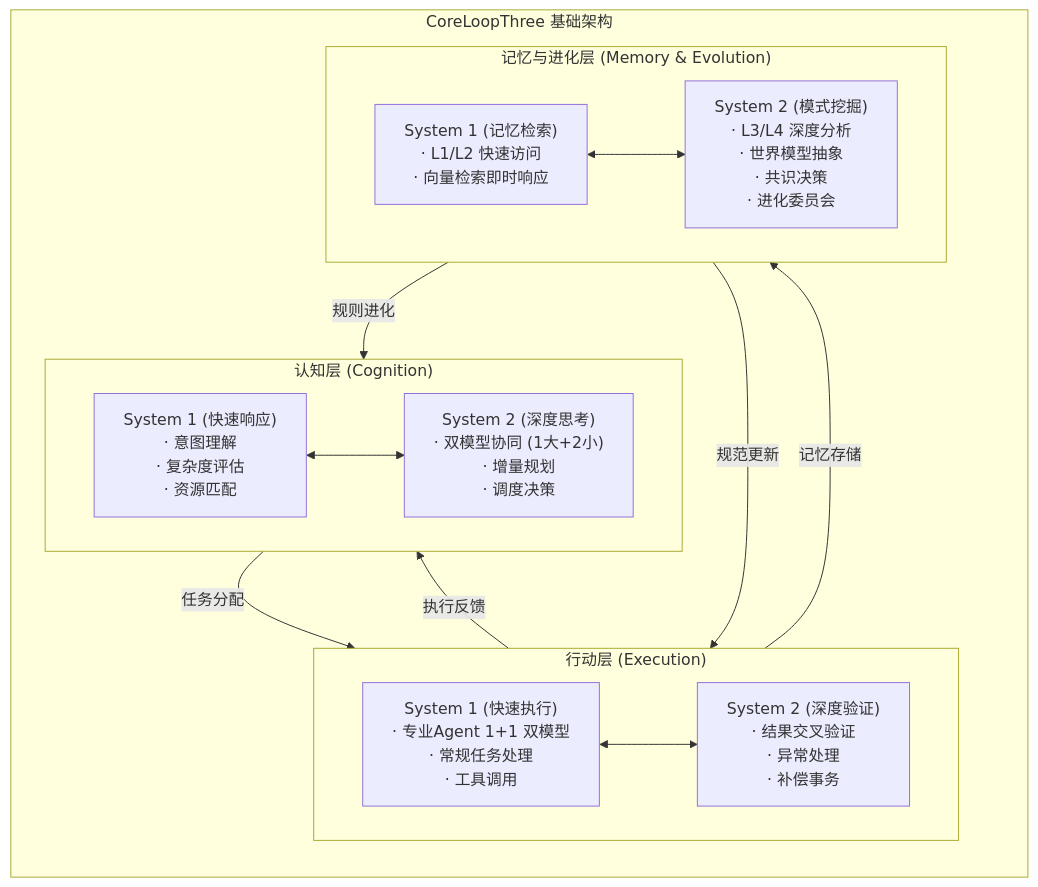
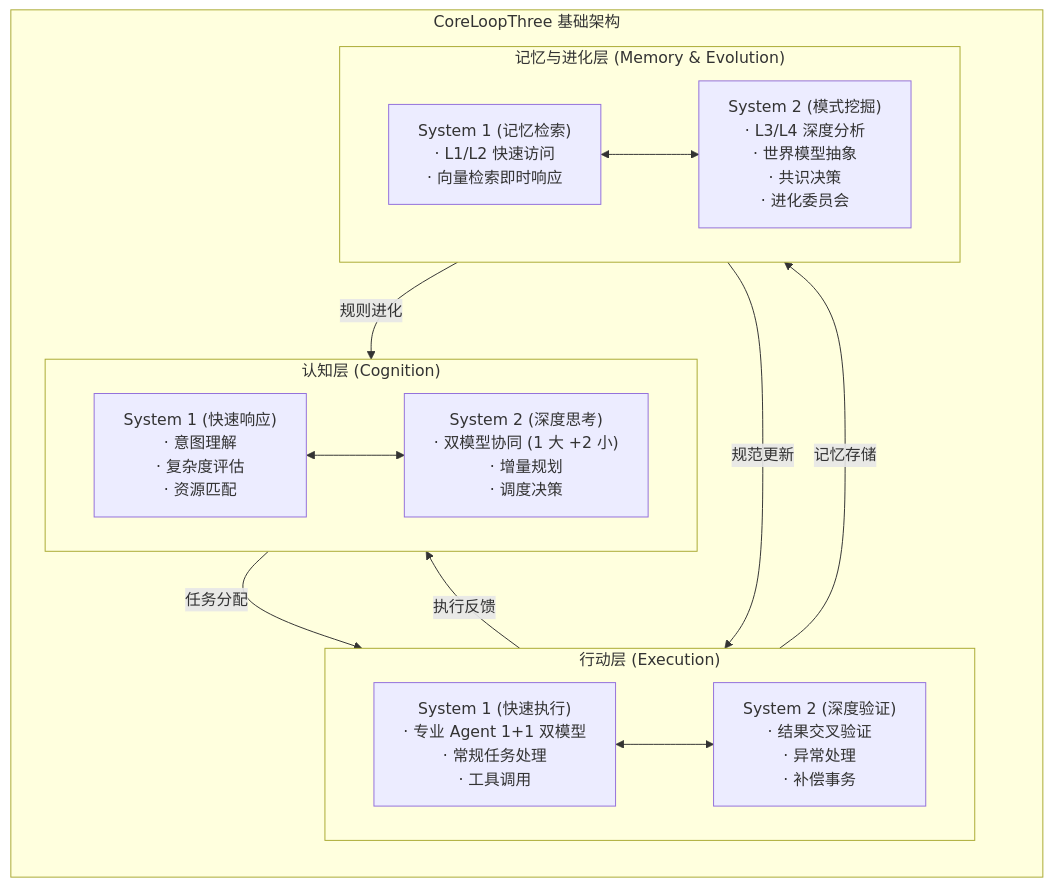
The first of 3 diagrams in README.md (SpharxTeam/AgentOS), drawn with Mermaid before and after one commit. The commit also changed other lines of this file, not shown here.

````diff
--- a/README.md
+++ b/README.md
@@ -38,31 +56,30 @@
 ```mermaid
 flowchart TD
     subgraph CoreLoopThree["CoreLoopThree 基础架构"]
         direction TB
 
         subgraph Cognition["认知层 (Cognition)"]
-            C1["System 1 (快速响应)<br/>· 意图理解<br/>· 复杂度评估<br/>· 资源匹配"]
-            C2["System 2 (深度思考)<br/>· 双模型协同 (1大+2小)<br/>· 增量规划<br/>· 调度决策"]
-            C1 <--> C2
+           C1["System 1 (快速响应)<br/>· 意图理解<br/>· 复杂度评估<br/>· 资源匹配"]
+            C2["System 2 (深度思考)<br/>· 双模型协同 (1 大 +2 小)<br/>· 增量规划<br/>· 调度决策"]
+           C1 <--> C2
         end
 
         subgraph Execution["行动层 (Execution)"]
-            E1["System 1 (快速执行)<br/>· 专业Agent 1+1 双模型<br/>· 常规任务处理<br/>· 工具调用"]
+            E1["System 1 (快速执行)<br/>· 专业 Agent 1+1 双模型<br/>· 常规任务处理<br/>· 工具调用"]
             E2["System 2 (深度验证)<br/>· 结果交叉验证<br/>· 异常处理<br/>· 补偿事务"]
             E1 <--> E2
         end
 
         subgraph MemoryEvolution["记忆与进化层 (Memory & Evolution)"]
             M1["System 1 (记忆检索)<br/>· L1/L2 快速访问<br/>· 向量检索即时响应"]
             M2["System 2 (模式挖掘)<br/>· L3/L4 深度分析<br/>· 世界模型抽象<br/>· 共识决策<br/>· 进化委员会"]
             M1 <--> M2
         end
 
-        Cognition -->|任务分配| Execution
-        Execution -->|执行反馈| Cognition
-        Execution -->|记忆存储| MemoryEvolution
-        MemoryEvolution -->|规则进化| Cognition
-        MemoryEvolution -->|规范更新| Execution
+       Cognition -->|任务分配 | Execution
+        Execution -->|执行反馈 | Cognition
+        Execution -->|记忆存储 | MemoryEvolution
+        MemoryEvolution -->|规则进化 | Cognition
+        MemoryEvolution -->|规范更新 | Execution
     end
-
 ```
````
